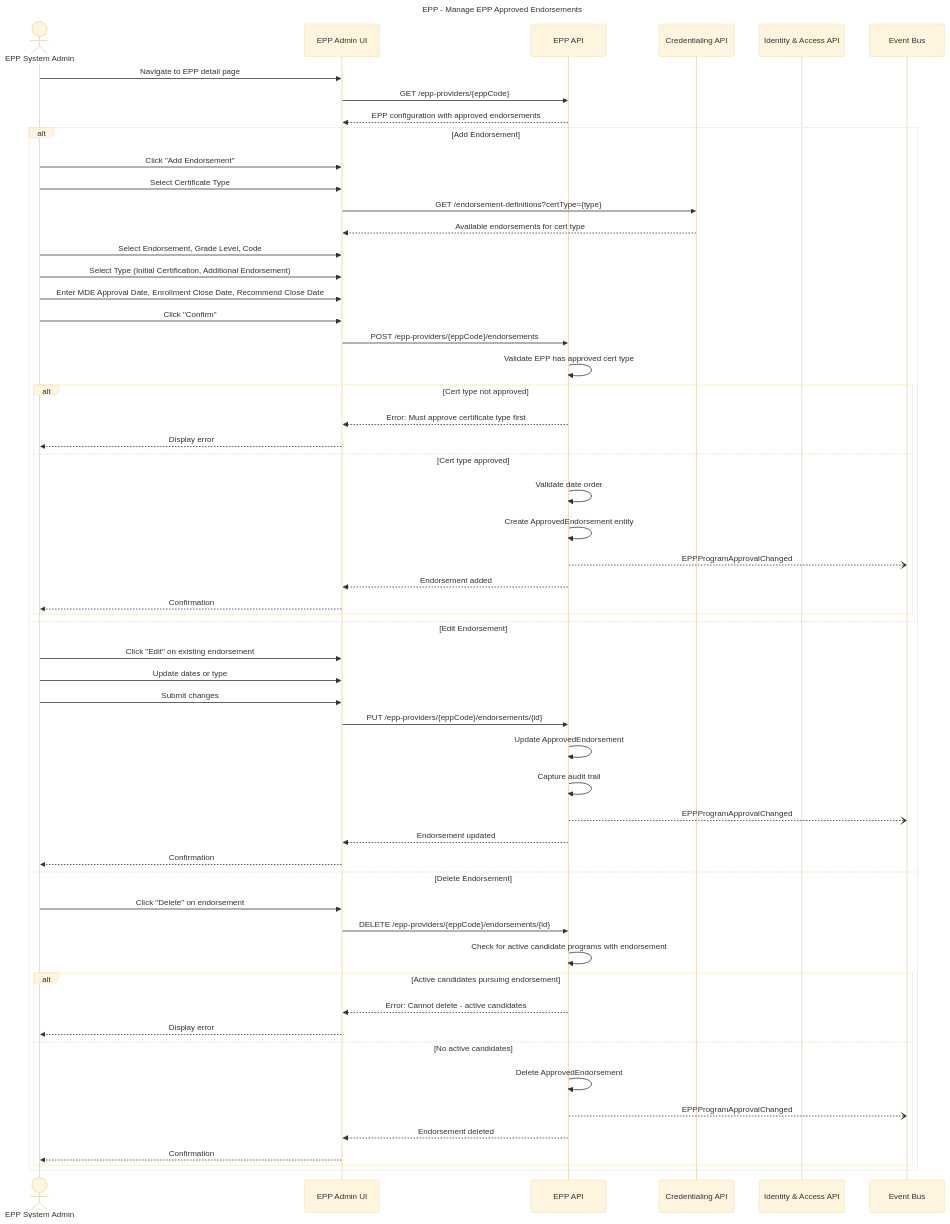
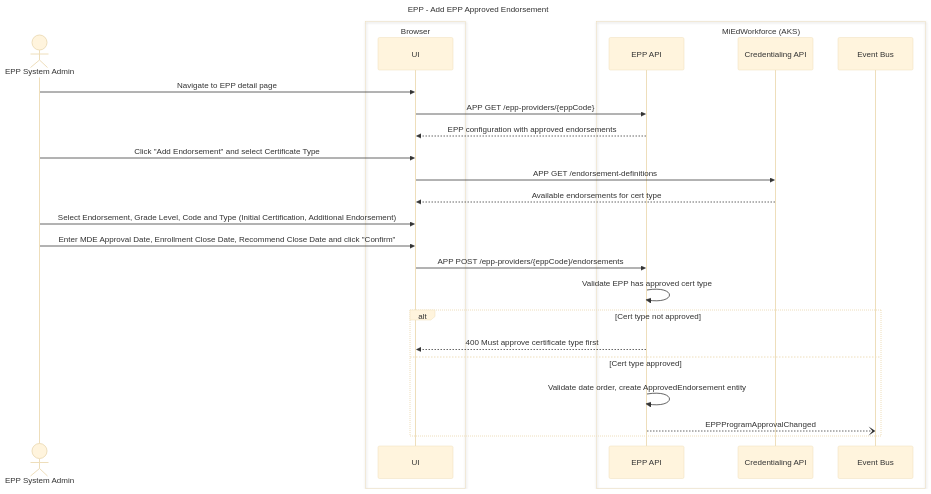
Before and after one commit to mnichols-dl/mied-design: the fifth of 29 diagrams in working-docs/solution-areas/epp/epp-sequences.md, drawn with Mermaid (base theme). The commit also changed other lines of this file and 34 other files, not shown here.

Commit message:
Update sequences and perform RTM assessment

````diff
--- a/working-docs/solution-areas/epp/epp-sequences.md
+++ b/working-docs/solution-areas/epp/epp-sequences.md
@@ -243,72 +253,36 @@
 ```mermaid
 ---
-title: EPP - Manage EPP Approved Endorsements
+title: EPP - Add EPP Approved Endorsement
 ---
 sequenceDiagram
     actor Admin as EPP System Admin
-    participant UI as EPP Admin UI
-    participant EPPService as EPP API
-    participant CredService as Credentialing API
-    participant IAM as Identity & Access API
+    box Browser
+    participant UI as UI
+    end
+    box MiEdWorkforce (AKS)
+    participant EppApi as EPP API
+    participant CredApi as Credentialing API
     participant EventBus as Event Bus
-    
+    end
+
     Admin->>UI: Navigate to EPP detail page
-    UI->>EPPService: GET /epp-providers/{eppCode}
-    EPPService-->>UI: EPP configuration with approved endorsements
-    
-    alt Add Endorsement
-        Admin->>UI: Click "Add Endorsement"
-        Admin->>UI: Select Certificate Type
-        
-        UI->>CredService: GET /endorsement-definitions?certType={type}
-        CredService-->>UI: Available endorsements for cert type
-        
-        Admin->>UI: Select Endorsement, Grade Level, Code
-        Admin->>UI: Select Type (Initial Certification, Additional Endorsement)
-        Admin->>UI: Enter MDE Approval Date, Enrollment Close Date, Recommend Close Date
-        Admin->>UI: Click "Confirm"
-        
-        UI->>EPPService: POST /epp-providers/{eppCode}/endorsements
-        
-        EPPService->>EPPService: Validate EPP has approved cert type
-        alt Cert type not approved
-            EPPService-->>UI: Error: Must approve certificate type first
-            UI-->>Admin: Display error
-        else Cert type approved
-            EPPService->>EPPService: Validate date order
-            EPPService->>EPPService: Create ApprovedEndorsement entity
-            
-            EPPService--)EventBus: EPPProgramApprovalChanged
-            EPPService-->>UI: Endorsement added
-            UI-->>Admin: Confirmation
-        end
-        
-    else Edit Endorsement
-        Admin->>UI: Click "Edit" on existing endorsement
-        Admin->>UI: Update dates or type
-        Admin->>UI: Submit changes
-        
-        UI->>EPPService: PUT /epp-providers/{eppCode}/endorsements/{id}
-        EPPService->>EPPService: Update ApprovedEndorsement
-        EPPService->>EPPService: Capture audit trail
-        
-        EPPService--)EventBus: EPPProgramApprovalChanged
-        EPPService-->>UI: Endorsement updated
-        UI-->>Admin: Confirmation
-        
-    else Delete Endorsement
-        Admin->>UI: Click "Delete" on endorsement
-        UI->>EPPService: DELETE /epp-providers/{eppCode}/endorsements/{id}
-        
-        EPPService->>EPPService: Check for active candidate programs with endorsement
-        alt Active candidates pursuing endorsement
-            EPPService-->>UI: Error: Cannot delete - active candidates
-            UI-->>Admin: Display error
-        else No active candidates
-            EPPService->>EPPService: Delete ApprovedEndorsement
-            EPPService--)EventBus: EPPProgramApprovalChanged
-            EPPService-->>UI: Endorsement deleted
-            UI-->>Admin: Confirmation
-        end
+    UI->>EppApi: APP GET /epp-providers/{eppCode}
+    EppApi-->>UI: EPP configuration with approved endorsements
+
+    Admin->>UI: Click "Add Endorsement" and select Certificate Type
+    UI->>CredApi: APP GET /endorsement-definitions
+    CredApi-->>UI: Available endorsements for cert type
+
+    Admin->>UI: Select Endorsement, Grade Level, Code and Type (Initial Certification, Additional Endorsement)
+    Admin->>UI: Enter MDE Approval Date, Enrollment Close Date, Recommend Close Date and click "Confirm"
+
+    UI->>EppApi: APP POST /epp-providers/{eppCode}/endorsements
+    EppApi->>EppApi: Validate EPP has approved cert type
+
+    alt Cert type not approved
+        EppApi-->>UI: 400 Must approve certificate type first
+    else Cert type approved
+        EppApi->>EppApi: Validate date order, create ApprovedEndorsement entity
+        EppApi--)EventBus: EPPProgramApprovalChanged
     end
 ```
````
